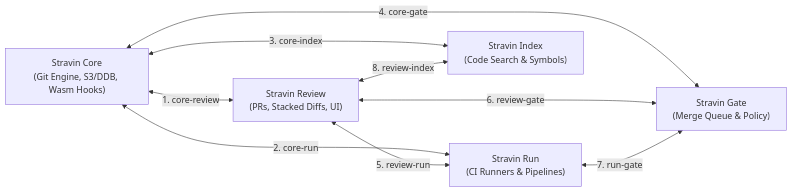
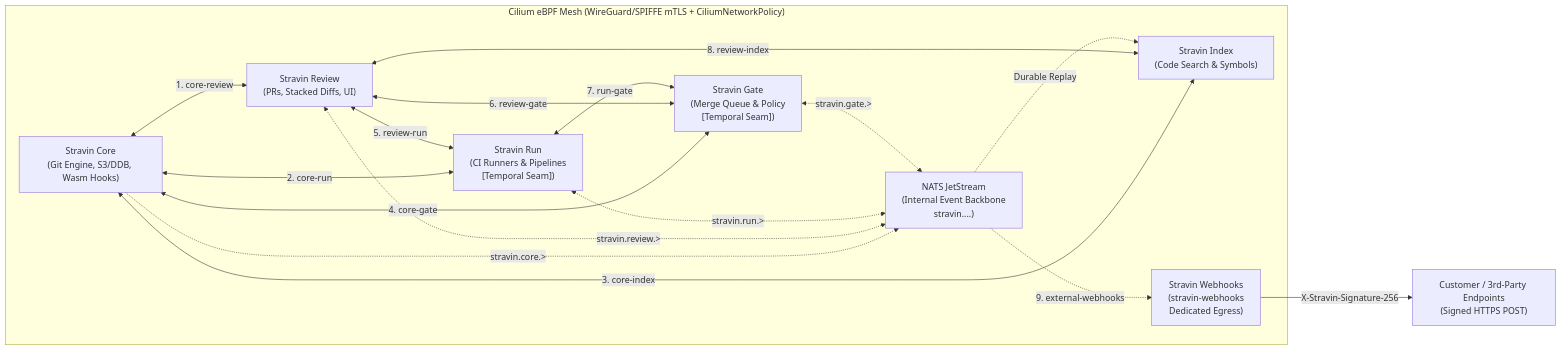
Before and after one commit to stravin-dev/architecture: the diagram in docs/interfaces/index.md, drawn with Mermaid. The commit also changed other lines of this file and 13 other files, not shown here.

Commit message:
docs: add ADR-0001 (Cilium, NATS JetStream, External Webhooks, Temporal seam) and update interface contracts

````diff
--- a/docs/interfaces/index.md
+++ b/docs/interfaces/index.md
@@ -7,17 +9,31 @@
 ```mermaid
 flowchart LR
-    Core["Stravin Core\n(Git Engine, S3/DDB, Wasm Hooks)"]
-    Review["Stravin Review\n(PRs, Stacked Diffs, UI)"]
-    Run["Stravin Run\n(CI Runners & Pipelines)"]
-    Index["Stravin Index\n(Code Search & Symbols)"]
-    Gate["Stravin Gate\n(Merge Queue & Policy)"]
+    subgraph Mesh["Cilium eBPF Mesh (WireGuard/SPIFFE mTLS + CiliumNetworkPolicy)"]
+        Core["Stravin Core\n(Git Engine, S3/DDB, Wasm Hooks)"]
+        Review["Stravin Review\n(PRs, Stacked Diffs, UI)"]
+        Run["Stravin Run\n(CI Runners & Pipelines\n[Temporal Seam])"]
+        Index["Stravin Index\n(Code Search & Symbols)"]
+        Gate["Stravin Gate\n(Merge Queue & Policy\n[Temporal Seam])"]
+        NATS["NATS JetStream\n(Internal Event Backbone\nstravin.<product>.<tenant>.<repo>.<event>)"]
+        Webhooks["Stravin Webhooks\n(stravin-webhooks\nDedicated Egress)"]
 
-    Core <-->|"1. core-review"| Review
-    Core <-->|"2. core-run"| Run
-    Core <-->|"3. core-index"| Index
-    Core <-->|"4. core-gate"| Gate
-    Review <-->|"5. review-run"| Run
-    Review <-->|"6. review-gate"| Gate
-    Run <-->|"7. run-gate"| Gate
-    Review <-->|"8. review-index"| Index
+        Core <-->|"1. core-review"| Review
+        Core <-->|"2. core-run"| Run
+        Core <-->|"3. core-index"| Index
+        Core <-->|"4. core-gate"| Gate
+        Review <-->|"5. review-run"| Run
+        Review <-->|"6. review-gate"| Gate
+        Run <-->|"7. run-gate"| Gate
+        Review <-->|"8. review-index"| Index
+
+        Core -.->|"stravin.core.>"| NATS
+        Review <-.->|"stravin.review.>"| NATS
+        Run <-.->|"stravin.run.>"| NATS
+        Gate <-.->|"stravin.gate.>"| NATS
+        NATS -.->|"Durable Replay"| Index
+        NATS -.->|"9. external-webhooks"| Webhooks
+    end
+
+    Customer["Customer / 3rd-Party Endpoints\n(Signed HTTPS POST)"]
+    Webhooks -->|"X-Stravin-Signature-256"| Customer
 ```
````
